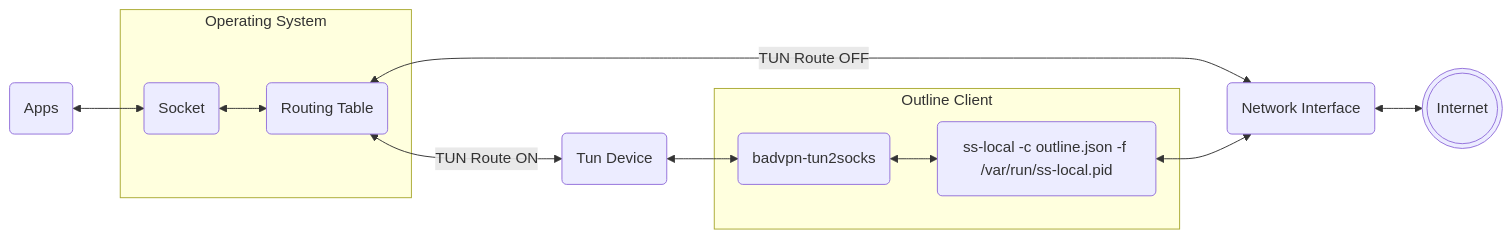
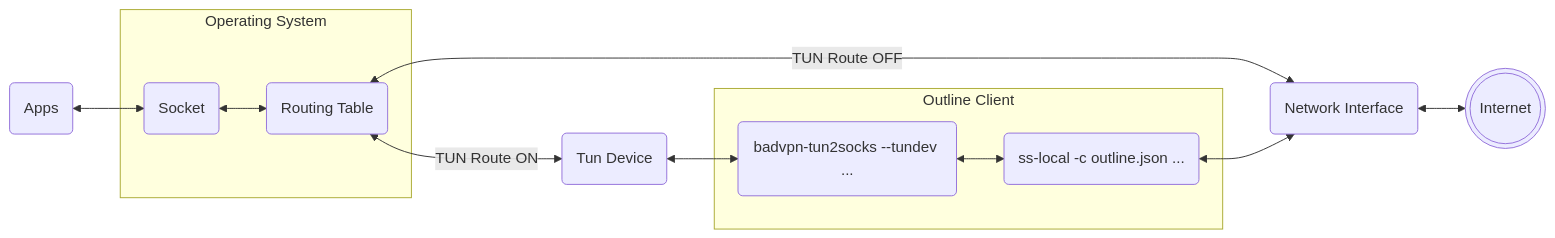
One commit to sco3/outline-tun-socks-bad-vpn changed the diagram in README.md. Above: the diagram before and after it, drawn with Mermaid.

````diff
--- a/README.md
+++ b/README.md
@@ -3,16 +3,16 @@
 ```mermaid
 flowchart LR
   A(Apps) <--> S(Socket)
   subgraph Operating System
     S <--> R(Routing Table)
   end
   R <-- TUN Route OFF --> IF(Network Interface)
   IF <--> INET(((Internet)))
   R <-- TUN Route ON --> TUN(Tun Device)
-  TUN <--> T2S(badvpn-tun2socks)
+  TUN <--> T2S(badvpn-tun2socks --tundev ... )
   subgraph Outline Client
-    T2S <--> SC(ss-local -c outline.json -f /var/run/ss-local.pid)
+    T2S <--> SC(ss-local -c outline.json ...)
   end
   SC <--> IF
   click TUN "https://en.wikipedia.org/wiki/TUN/TAP" _blank
 ```
````
